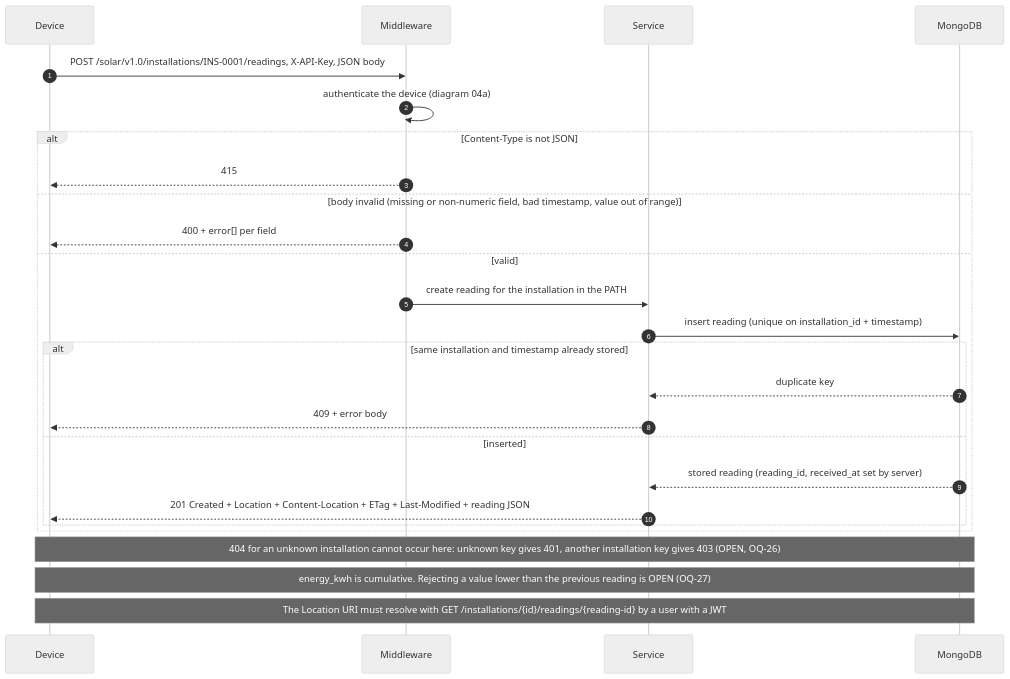
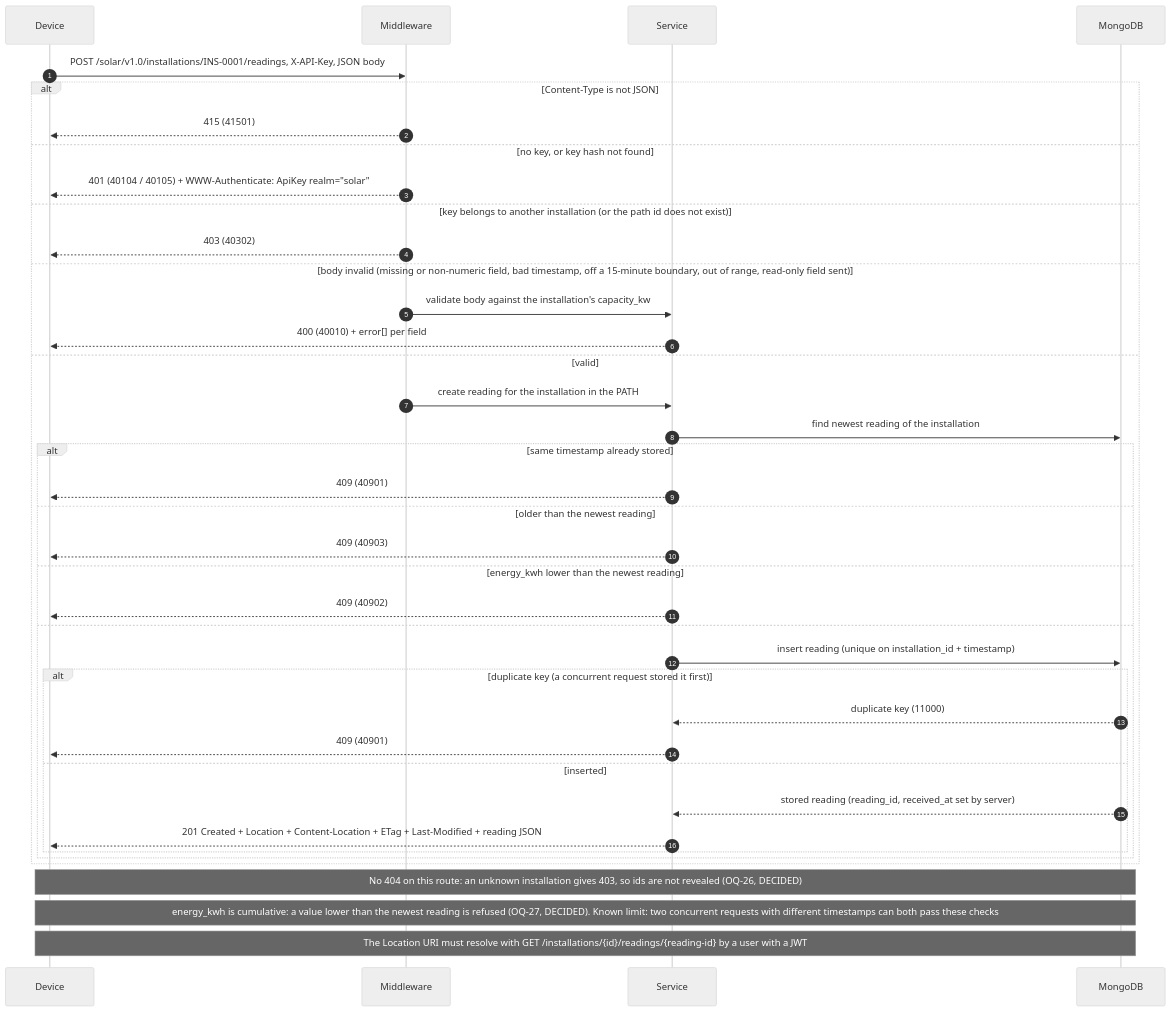
The diagram in docs/design/diagrams/05-flow-ingest-reading.mmd (hashiniRanasinghe/solar-api), drawn with Mermaid (neutral theme) before and after one commit. The commit also changed 19 other files, not shown here.

Commit message:
feat(api): device X-API-Key auth and POST readings (201, Location, 405/409/415)

```diff
--- a/docs/design/diagrams/05-flow-ingest-reading.mmd
+++ b/docs/design/diagrams/05-flow-ingest-reading.mmd
@@ -1,31 +1,44 @@
 %% 05-flow-ingest-reading.mmd - Request/response flow: device pushes a reading
 %% Basis: BRIEF §5 (ingestion, correct method, 201 + where it now lives); WP §7.3, §9; LEC S7, S8
 %% Decisions: my-decisions §4, §8, §9.
-%% OPEN: (a) OQ-26 is 404 kept in the contract for this route, (b) OQ-27 is a lower cumulative energy_kwh rejected. Both decided in Phase 4.
+%% DECIDED 2026-09-26: OQ-26 (no 404; unknown installation -> 403) and OQ-27 (older -> 409 40903, lower energy_kwh -> 409 40902). Check order: 415, 401, 403, 400, 409.
 %% No timestamp tolerance / future-time rule is applied (no supporting evidence in coursework or reference material).
 sequenceDiagram
   autonumber
   participant D as Device
   participant M as Middleware
   participant S as Service
   participant DB as MongoDB
   D->>M: POST /solar/v1.0/installations/INS-0001/readings, X-API-Key, JSON body
-  M->>M: authenticate the device (diagram 04a)
   alt Content-Type is not JSON
-    M-->>D: 415
-  else body invalid (missing or non-numeric field, bad timestamp, value out of range)
-    M-->>D: 400 + error[] per field
+    M-->>D: 415 (41501)
+  else no key, or key hash not found
+    M-->>D: 401 (40104 / 40105) + WWW-Authenticate: ApiKey realm="solar"
+  else key belongs to another installation (or the path id does not exist)
+    M-->>D: 403 (40302)
+  else body invalid (missing or non-numeric field, bad timestamp, off a 15-minute boundary, out of range, read-only field sent)
+    M->>S: validate body against the installation's capacity_kw
+    S-->>D: 400 (40010) + error[] per field
   else valid
     M->>S: create reading for the installation in the PATH
+    S->>DB: find newest reading of the installation
+    alt same timestamp already stored
+      S-->>D: 409 (40901)
+    else older than the newest reading
+      S-->>D: 409 (40903)
+    else energy_kwh lower than the newest reading
+      S-->>D: 409 (40902)
+    else
     S->>DB: insert reading (unique on installation_id + timestamp)
-    alt same installation and timestamp already stored
-      DB-->>S: duplicate key
-      S-->>D: 409 + error body
+    alt duplicate key (a concurrent request stored it first)
+      DB-->>S: duplicate key (11000)
+      S-->>D: 409 (40901)
     else inserted
       DB-->>S: stored reading (reading_id, received_at set by server)
       S-->>D: 201 Created + Location + Content-Location + ETag + Last-Modified + reading JSON
     end
+    end
   end
-  Note over D,DB: 404 for an unknown installation cannot occur here: unknown key gives 401, another installation key gives 403 (OPEN, OQ-26)
-  Note over D,DB: energy_kwh is cumulative. Rejecting a value lower than the previous reading is OPEN (OQ-27)
+  Note over D,DB: No 404 on this route: an unknown installation gives 403, so ids are not revealed (OQ-26, DECIDED)
+  Note over D,DB: energy_kwh is cumulative: a value lower than the newest reading is refused (OQ-27, DECIDED). Known limit: two concurrent requests with different timestamps can both pass these checks
   Note over D,DB: The Location URI must resolve with GET /installations/{id}/readings/{reading-id} by a user with a JWT
```
